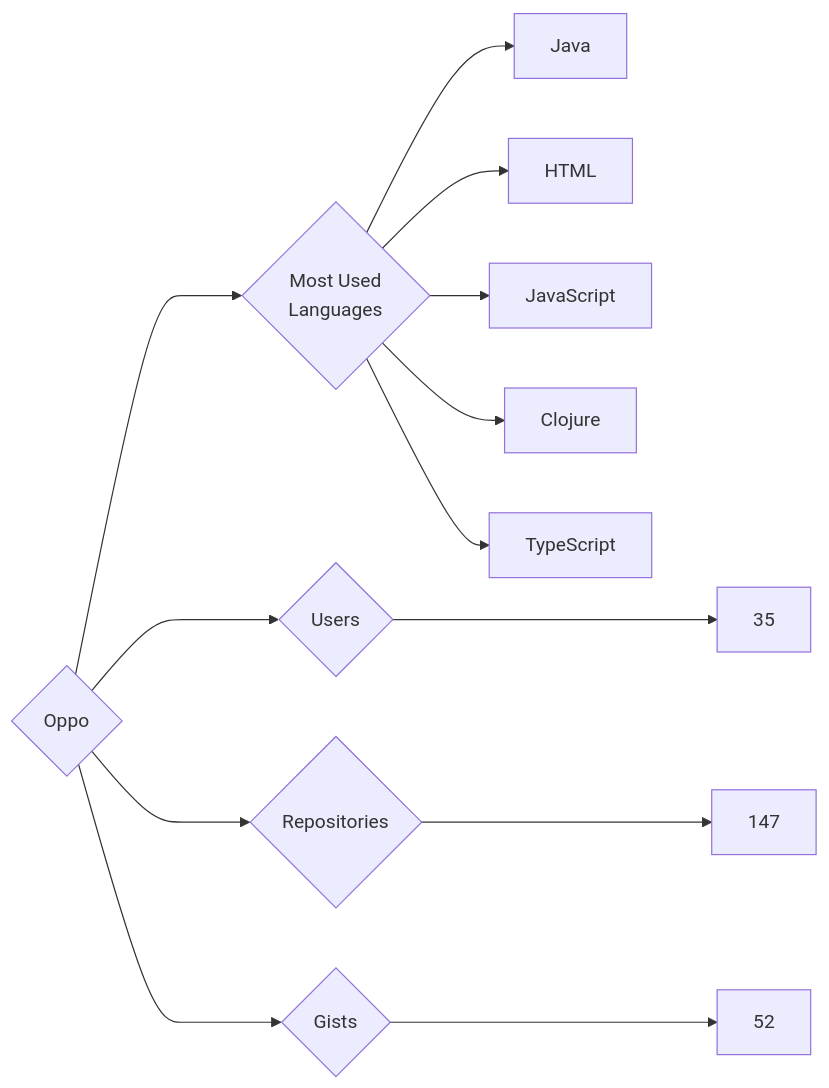
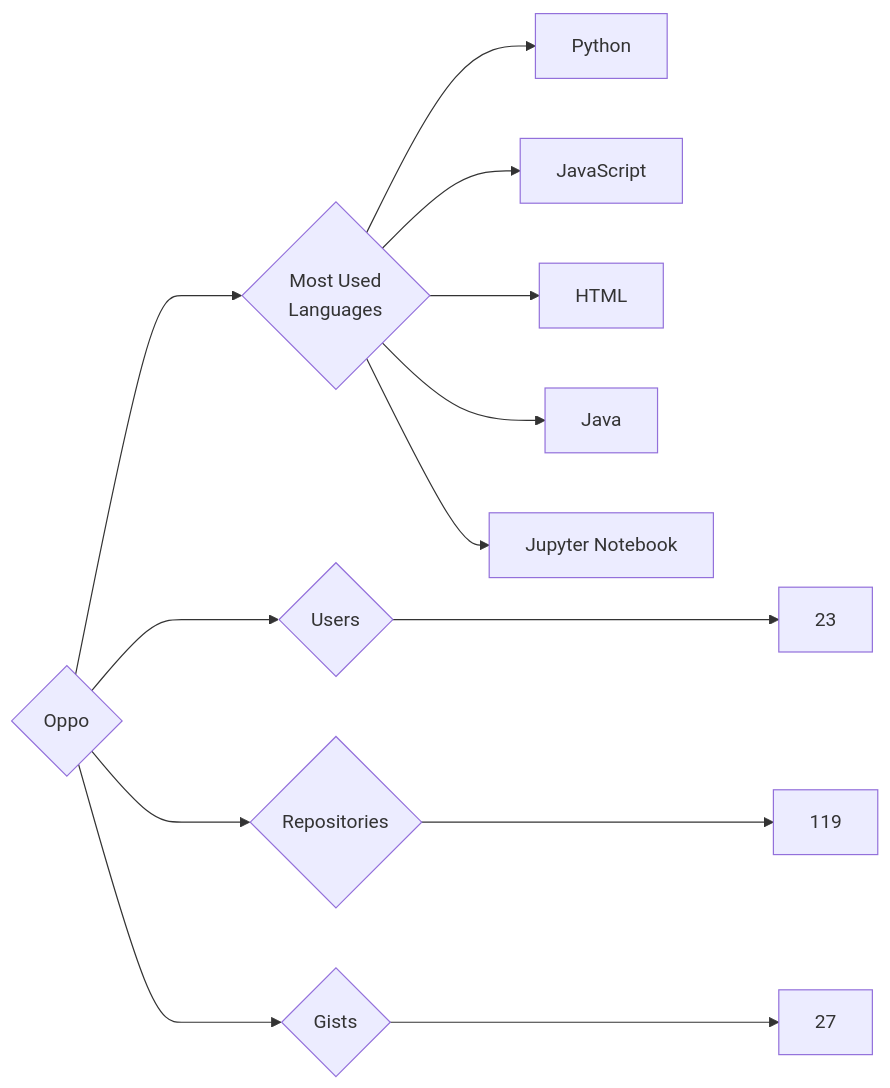
One commit to trickest/insiders changed the diagram in targets/Oppo/README.md. Above: the diagram before and after it, drawn with Mermaid. The commit also changed 965 other files, not shown here.

````diff
--- a/targets/Oppo/README.md
+++ b/targets/Oppo/README.md
@@ -3,13 +3,13 @@
 ```mermaid
 graph LR
 COMPANY_NAME{Oppo}
-COMPANY_NAME ---> U{Users} ---> UN[35]
-COMPANY_NAME ---> R{Repositories} ---> RN[147]
-COMPANY_NAME ---> G{Gists} ---> GN[52]
+COMPANY_NAME ---> U{Users} ---> UN[23]
+COMPANY_NAME ---> R{Repositories} ---> RN[119]
+COMPANY_NAME ---> G{Gists} ---> GN[27]
 COMPANY_NAME ---> ML{Most Used<br>Languages}
+ML --> Python[Python]
+ML --> JavaScript[JavaScript]
+ML --> HTML[HTML]
 ML --> Java[Java]
-ML --> HTML[HTML]
-ML --> JavaScript[JavaScript]
-ML --> Clojure[Clojure]
-ML --> TypeScript[TypeScript]
+ML --> Jupyter_Notebook[Jupyter Notebook]
 ```
````
